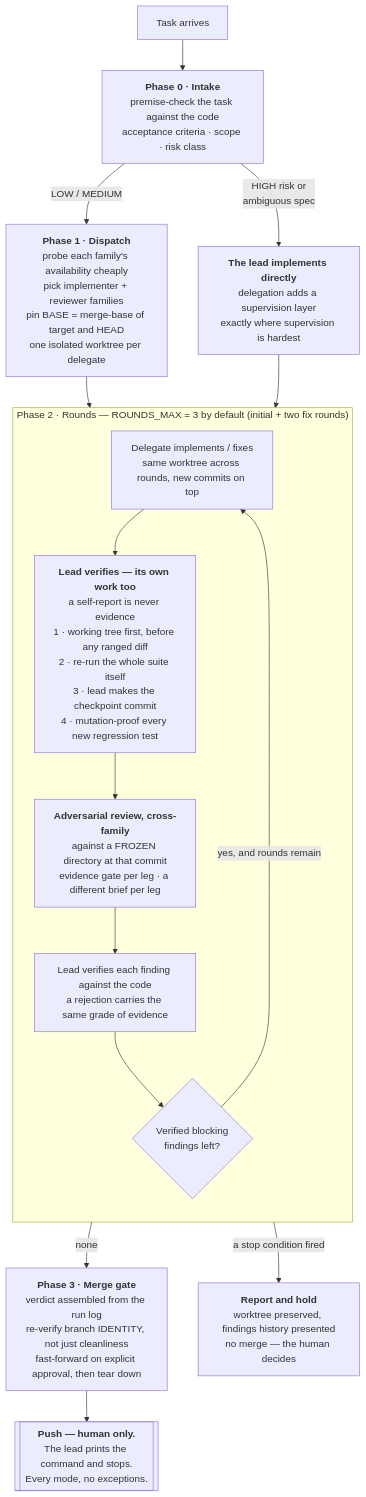
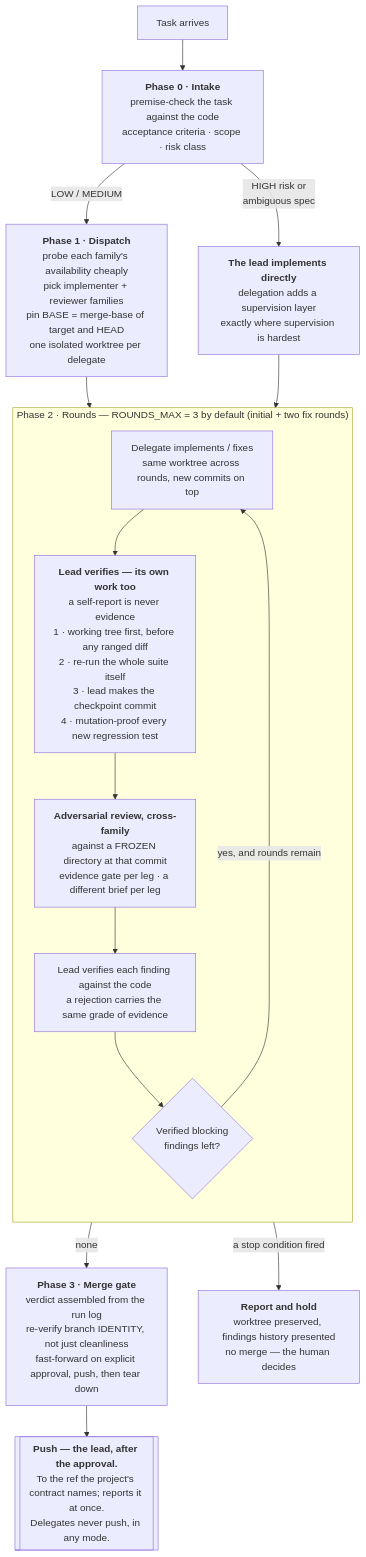
One commit to aarontzeng/dev-lead changed the first of 2 diagrams in docs/workflow.md. Above: the diagram before and after it, drawn with Mermaid. The commit also changed other lines of this file and 10 other files, not shown here.

````diff
--- a/docs/workflow.md
+++ b/docs/workflow.md
@@ -11,22 +11,22 @@
 ```mermaid
 flowchart TD
     A["Task arrives"] --> B["<b>Phase 0 · Intake</b><br/>premise-check the task against the code<br/>acceptance criteria · scope · risk class"]
     B -->|"HIGH risk or<br/>ambiguous spec"| L["<b>The lead implements directly</b><br/>delegation adds a supervision layer<br/>exactly where supervision is hardest"]
     B -->|"LOW / MEDIUM"| D["<b>Phase 1 · Dispatch</b><br/>probe each family's availability cheaply<br/>pick implementer + reviewer families<br/>pin BASE = merge-base of target and HEAD<br/>one isolated worktree per delegate"]
     D --> R1
     L --> R2
 
     subgraph R["Phase 2 · Rounds — ROUNDS_MAX = 3 by default (initial + two fix rounds)"]
         direction TB
         R1["Delegate implements / fixes<br/>same worktree across rounds, new commits on top"]
         R1 --> R2["<b>Lead verifies — its own work too</b><br/>a self-report is never evidence<br/>1 · working tree first, before any ranged diff<br/>2 · re-run the whole suite itself<br/>3 · lead makes the checkpoint commit<br/>4 · mutation-proof every new regression test"]
         R2 --> R3["<b>Adversarial review, cross-family</b><br/>against a FROZEN directory at that commit<br/>evidence gate per leg · a different brief per leg"]
         R3 --> R4["Lead verifies each finding against the code<br/>a rejection carries the same grade of evidence"]
         R4 --> R5{"Verified blocking<br/>findings left?"}
         R5 -->|"yes, and rounds remain"| R1
     end
 
-    R5 -->|"none"| M["<b>Phase 3 · Merge gate</b><br/>verdict assembled from the run log<br/>re-verify branch IDENTITY, not just cleanliness<br/>fast-forward on explicit approval, then tear down"]
+    R5 -->|"none"| M["<b>Phase 3 · Merge gate</b><br/>verdict assembled from the run log<br/>re-verify branch IDENTITY, not just cleanliness<br/>fast-forward on explicit approval, push, then tear down"]
     R5 -->|"a stop condition fired"| S["<b>Report and hold</b><br/>worktree preserved, findings history presented<br/>no merge — the human decides"]
-    M --> P[["<b>Push — human only.</b><br/>The lead prints the command and stops.<br/>Every mode, no exceptions."]]
+    M --> P[["<b>Push — the lead, after the approval.</b><br/>To the ref the project's contract names; reports it at once.<br/>Delegates never push, in any mode."]]
 ```
````
